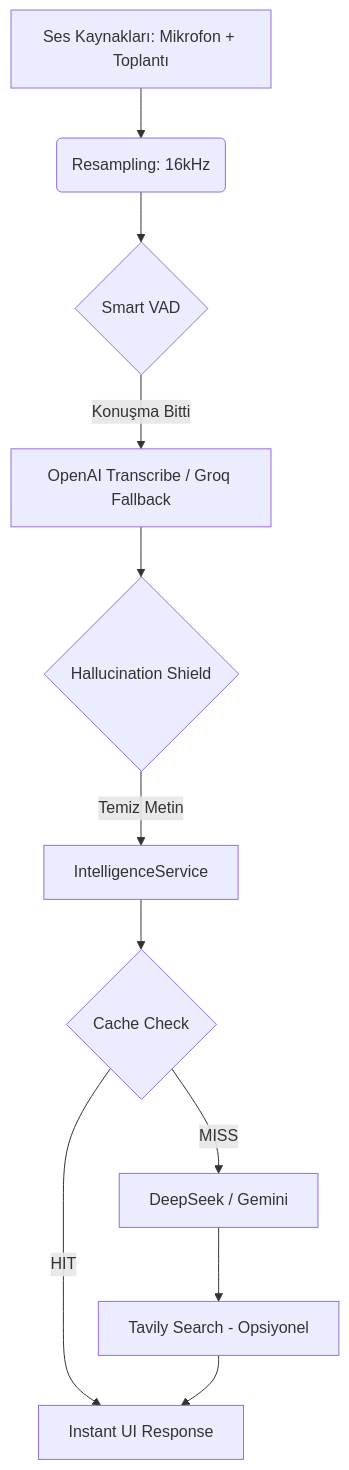
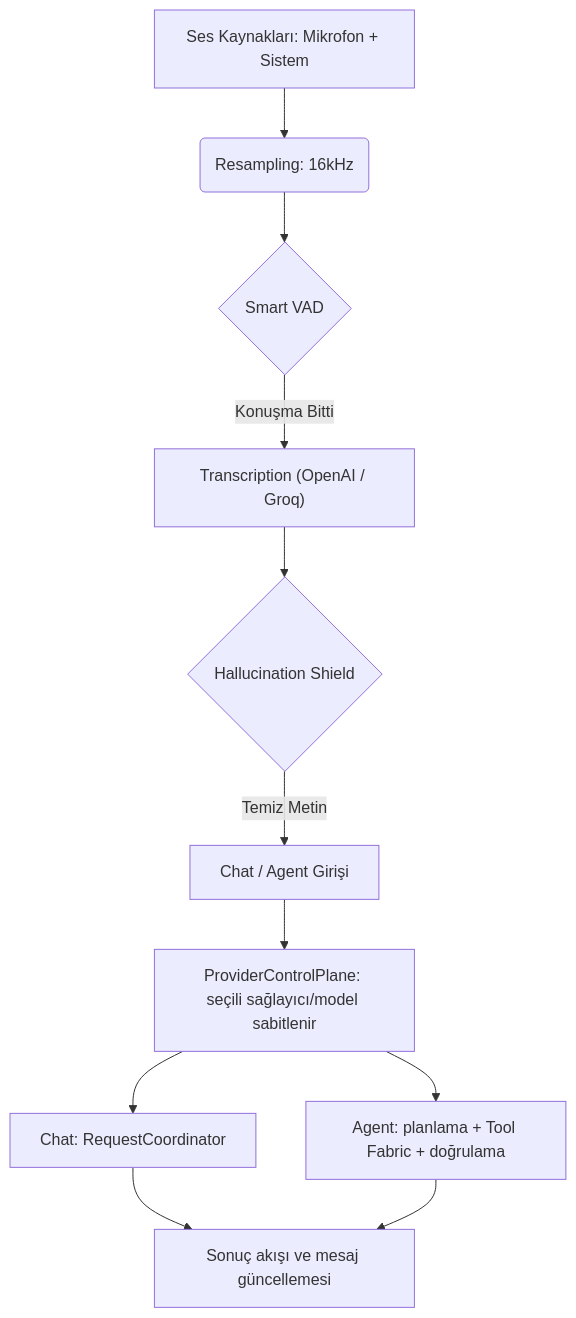
Before and after one commit to senoldogann/akilli-asistan: the diagram in ZeroLose/README.md, drawn with Mermaid. The commit also changed other lines of this file and 13 other files, not shown here.

````diff
--- a/ZeroLose/README.md
+++ b/ZeroLose/README.md
@@ -47,13 +73,13 @@
 ```mermaid
 graph TD
-    A[Ses Kaynakları: Mikrofon + Toplantı] --> B(Resampling: 16kHz)
+    A[Ses Kaynakları: Mikrofon + Sistem] --> B(Resampling: 16kHz)
     B --> C{Smart VAD}
-    C -- Konuşma Bitti --> D["OpenAI Transcribe / Groq Fallback"]
+    C -- Konuşma Bitti --> D["Transcription (OpenAI / Groq)"]
     D --> E{Hallucination Shield}
-    E -- Temiz Metin --> F[IntelligenceService]
-    F --> G{Cache Check}
-    G -- MISS --> H[DeepSeek / Gemini]
-    G -- HIT --> I[Instant UI Response]
-    H --> J[Tavily Search - Opsiyonel]
-    J --> I
+    E -- Temiz Metin --> F[Chat / Agent Girişi]
+    F --> G[ProviderControlPlane: seçili sağlayıcı/model sabitlenir]
+    G --> H0["Chat: RequestCoordinator"]
+    G --> H1["Agent: planlama + Tool Fabric + doğrulama"]
+    H0 --> I[Sonuç akışı ve mesaj güncellemesi]
+    H1 --> I
 ```
````
